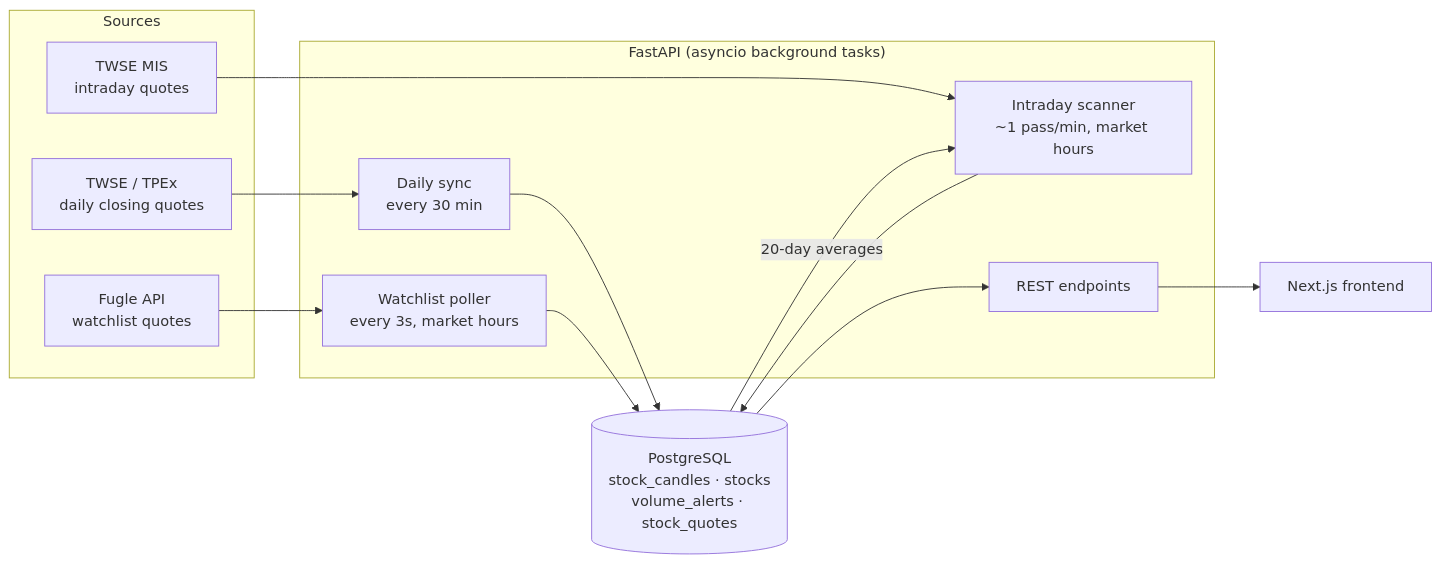
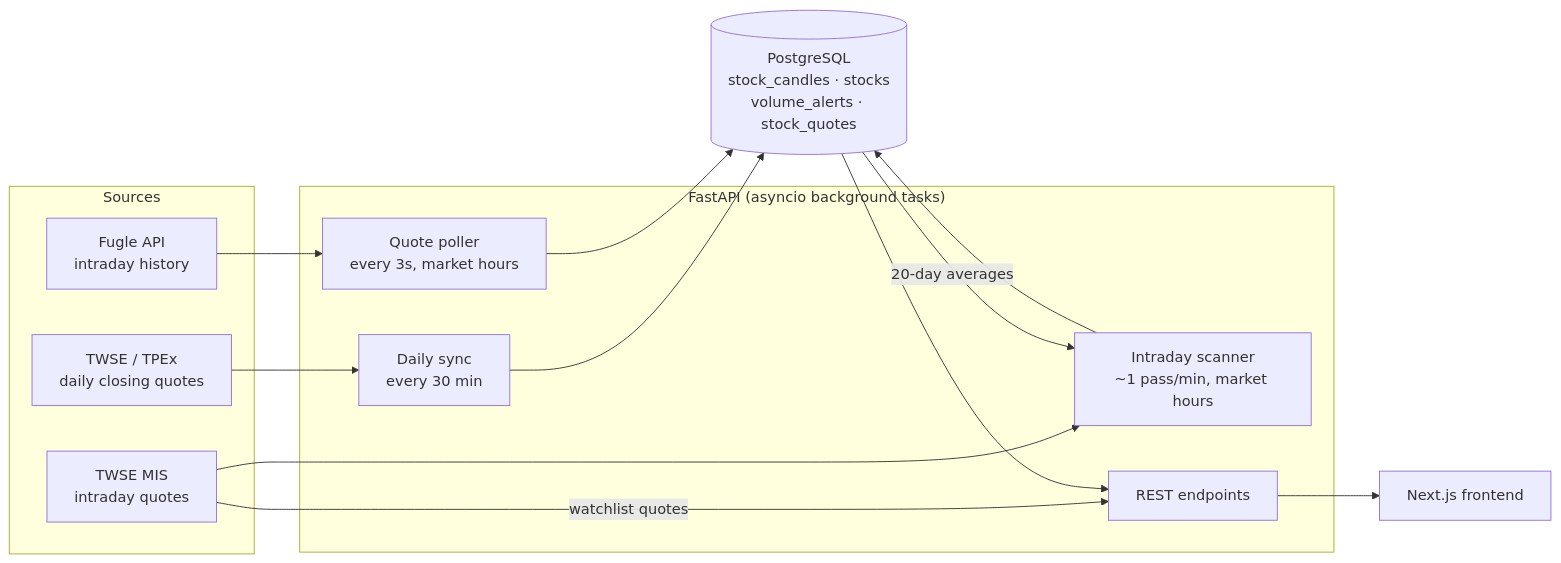
The diagram in README.md (isaac0915/volumelens), drawn with Mermaid before and after one commit. The commit also changed other lines of this file and 8 other files, not shown here.

````diff
--- a/README.md
+++ b/README.md
@@ -25,24 +26,25 @@
 ```mermaid
 flowchart LR
     subgraph Sources
         TWSE["TWSE / TPEx<br/>daily closing quotes"]
         MIS["TWSE MIS<br/>intraday quotes"]
-        FUGLE["Fugle API<br/>watchlist quotes"]
+        FUGLE["Fugle API<br/>intraday history"]
     end
 
     subgraph API["FastAPI (asyncio background tasks)"]
         SYNC["Daily sync<br/>every 30 min"]
         RADAR["Intraday scanner<br/>~1 pass/min, market hours"]
-        POLLER["Watchlist poller<br/>every 3s, market hours"]
+        POLLER["Quote poller<br/>every 3s, market hours"]
         ROUTES["REST endpoints"]
     end
 
     DB[("PostgreSQL<br/>stock_candles · stocks<br/>volume_alerts · stock_quotes")]
     WEB["Next.js frontend"]
 
     TWSE --> SYNC --> DB
     MIS --> RADAR --> DB
+    MIS -- "watchlist quotes" --> ROUTES
     FUGLE --> POLLER --> DB
     DB --> ROUTES --> WEB
     DB -- "20-day averages" --> RADAR
 ```
````
